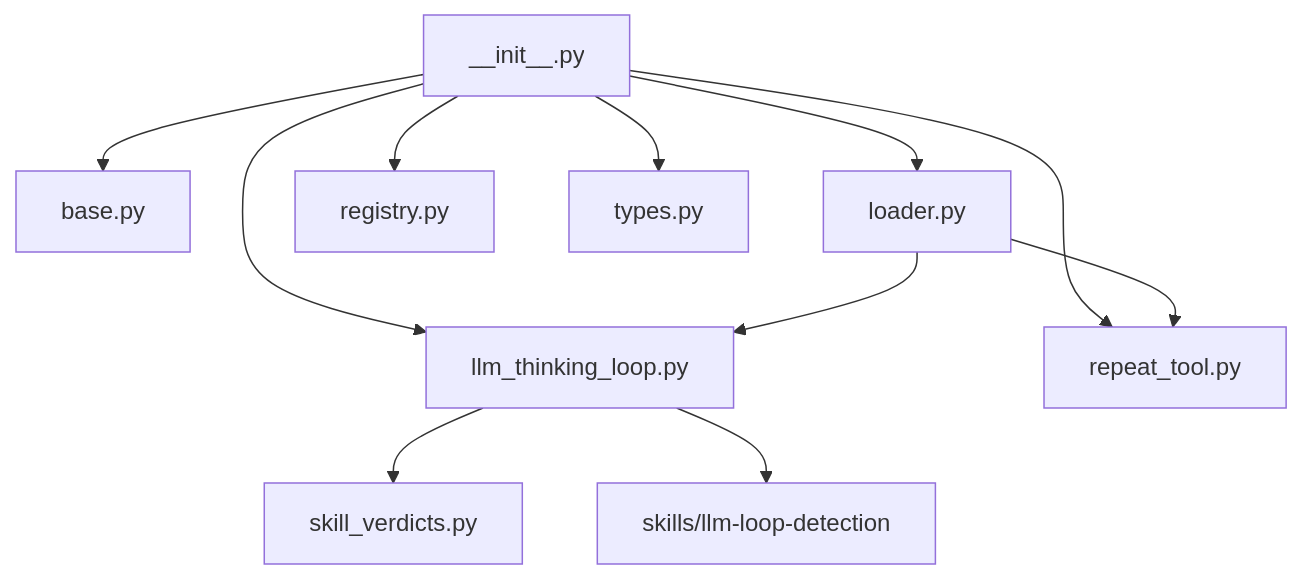
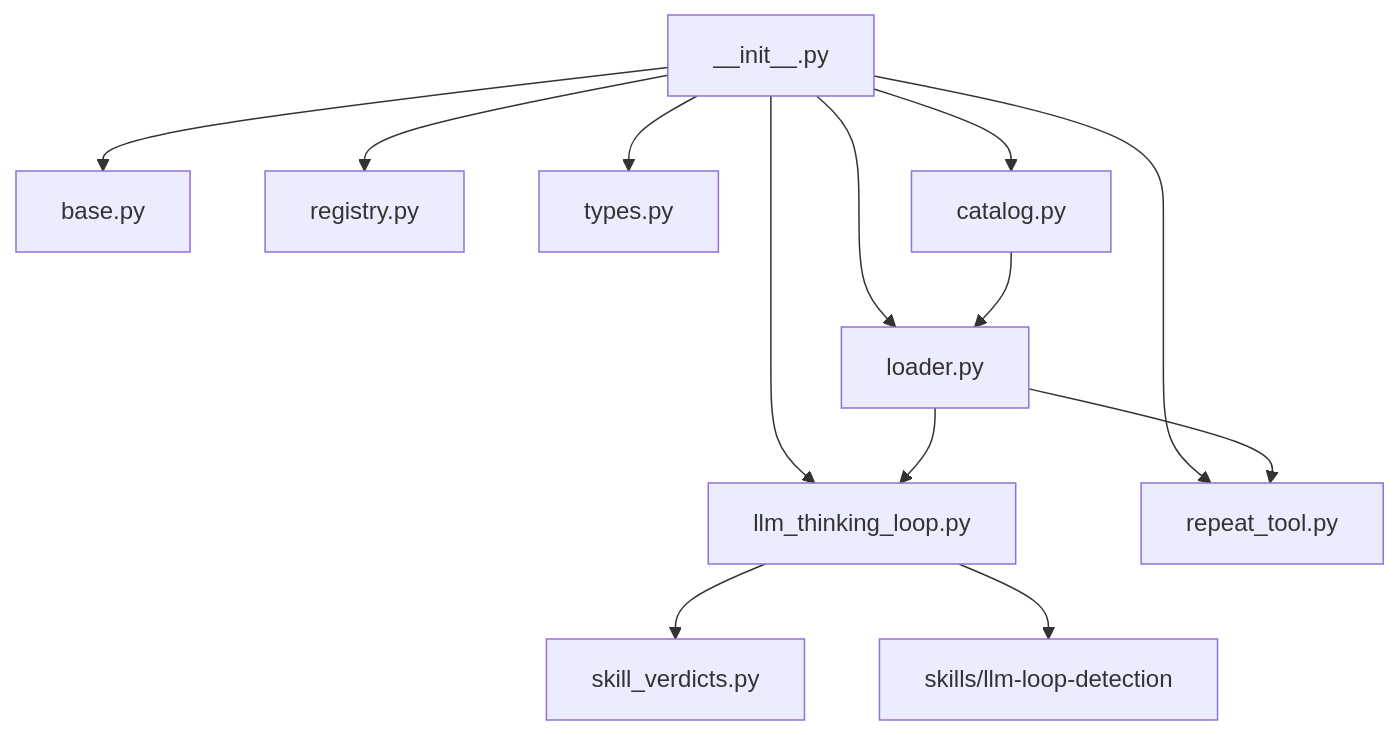
Before and after one commit to openeuler-mirror/agent-insight: the second of 4 diagrams in docs/agent-ras/designs/modules/detectors.md, drawn with Mermaid. The commit also changed other lines of this file and 12 other files, not shown here.

````diff
--- a/docs/agent-ras/designs/modules/detectors.md
+++ b/docs/agent-ras/designs/modules/detectors.md
@@ -37,13 +37,15 @@
 ```mermaid
 flowchart TD
   init[__init__.py] --> base[base.py]
   init --> loader[loader.py]
   init --> reg[registry.py]
   init --> types[types.py]
+  init --> cat[catalog.py]
   init --> rtl[llm_thinking_loop.py]
   init --> rpt[repeat_tool.py]
   rtl --> verd[skill_verdicts.py]
   rtl --> skill[skills/llm-loop-detection]
   loader --> rtl
   loader --> rpt
+  cat --> loader
 ```
````
